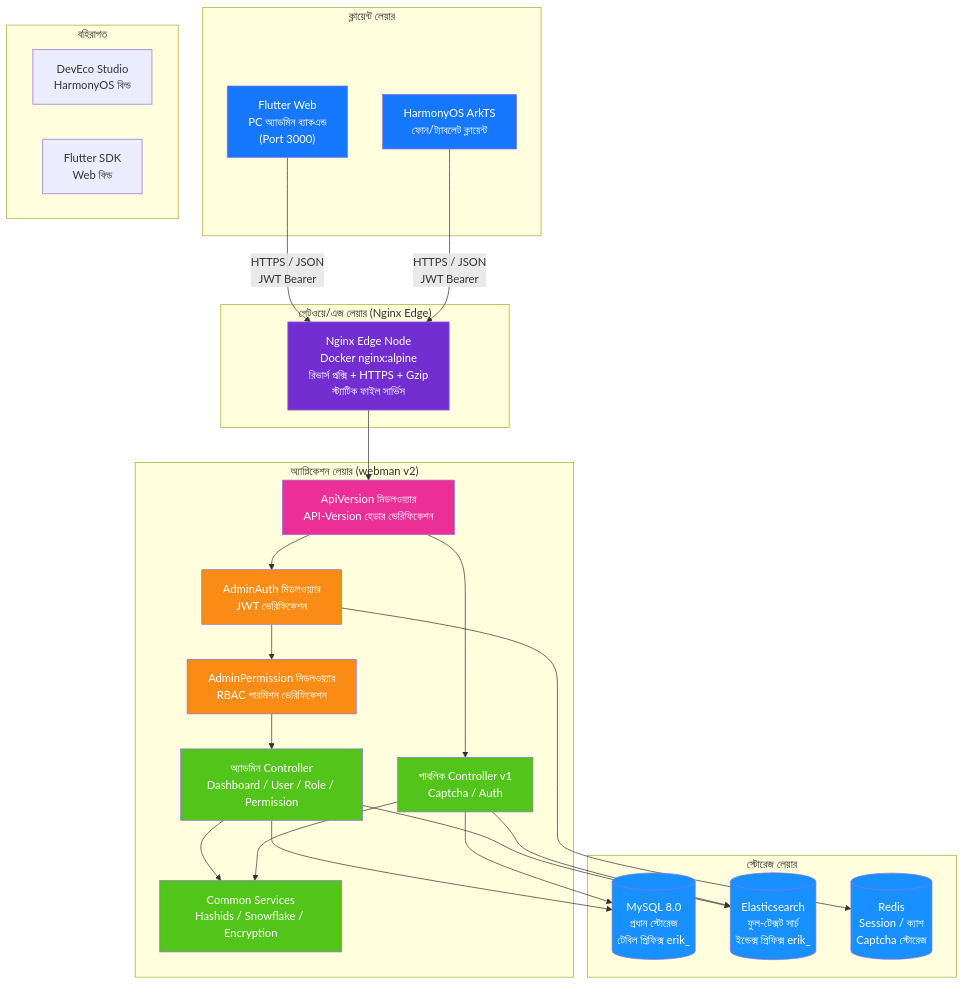
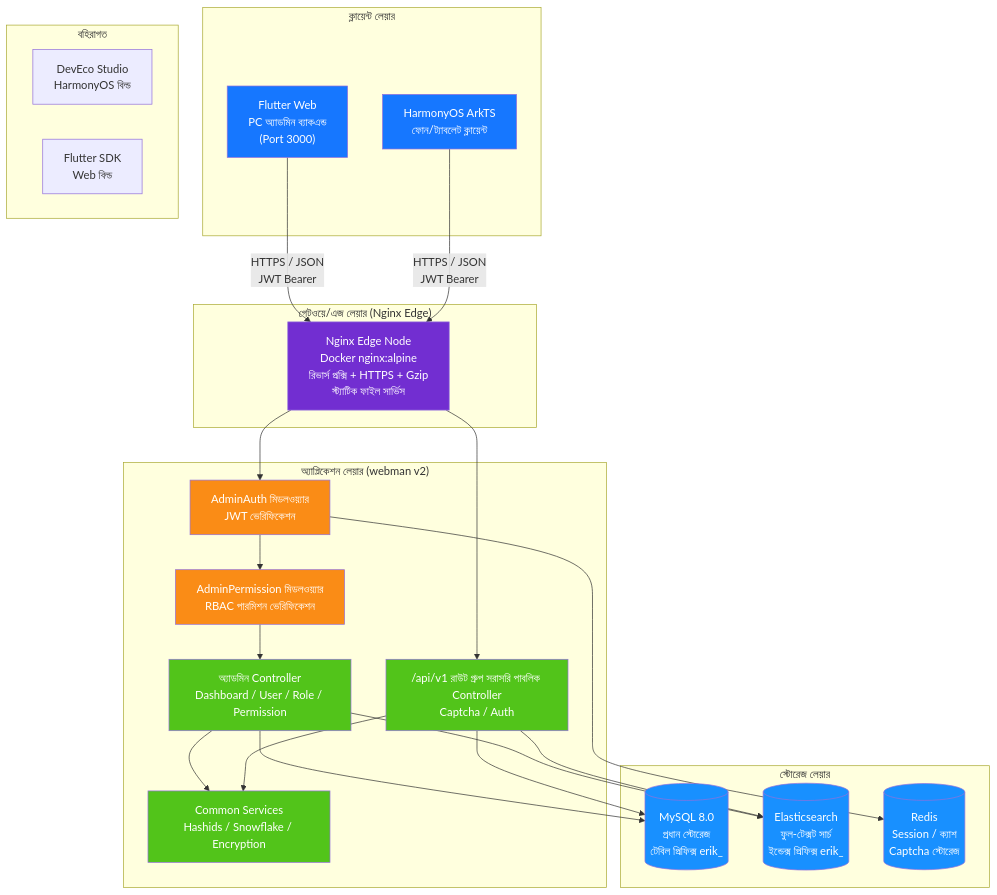
One commit to erikwang2013/open-admin changed the first of 14 diagrams in docs/ARCHITECTURE.bn.md. Above: the diagram before and after it, drawn with Mermaid. The commit also changed other lines of this file and 115 other files, not shown here.

First line of the commit message:
功能：新增项目宠物「小安」、站点首页与手写 SVG 设计图集；全部文档对齐代码

````diff
--- a/docs/ARCHITECTURE.bn.md
+++ b/docs/ARCHITECTURE.bn.md
@@ -13,59 +15,56 @@
 ```mermaid
 flowchart TB
     subgraph "ক্লায়েন্ট লেয়ার"
         A1["Flutter Web<br/>PC অ্যাডমিন ব্যাকএন্ড<br/>(Port 3000)"]
         A2["HarmonyOS ArkTS<br/>ফোন/ট্যাবলেট ক্লায়েন্ট"]
     end
 
     subgraph "গেটওয়ে/এজ লেয়ার (Nginx Edge)"
         B1["Nginx Edge Node<br/>Docker nginx:alpine<br/>রিভার্স প্রক্সি + HTTPS + Gzip<br/>স্ট্যাটিক ফাইল সার্ভিস"]
     end
 
     subgraph "অ্যাপ্লিকেশন লেয়ার (webman v2)"
-        C0["ApiVersion মিডলওয়্যার<br/>API-Version হেডার ভেরিফিকেশন"]
         C1["AdminAuth মিডলওয়্যার<br/>JWT ভেরিফিকেশন"]
         C2["AdminPermission মিডলওয়্যার<br/>RBAC পারমিশন ভেরিফিকেশন"]
         C3["অ্যাডমিন Controller<br/>Dashboard / User / Role / Permission"]
-        C4["পাবলিক Controller v1<br/>Captcha / Auth"]
+        C4["/api/v1 রাউট গ্রুপ সরাসরি পাবলিক Controller<br/>Captcha / Auth"]
         C5["Common Services<br/>Hashids / Snowflake / Encryption"]
     end
 
     subgraph "স্টোরেজ লেয়ার"
         D1[("MySQL 8.0<br/>প্রধান স্টোরেজ<br/>টেবিল প্রিফিক্স erik_")]
         D2[("Elasticsearch<br/>ফুল-টেক্সট সার্চ<br/>ইন্ডেক্স প্রিফিক্স erik_")]
         D3[("Redis<br/>Session / ক্যাশ<br/>Captcha স্টোরেজ")]
     end
 
     subgraph "বহিরাগত"
         E1["DevEco Studio<br/>HarmonyOS বিল্ড"]
         E2["Flutter SDK<br/>Web বিল্ড"]
     end
 
     A1 -->|"HTTPS / JSON<br/>JWT Bearer"| B1
     A2 -->|"HTTPS / JSON<br/>JWT Bearer"| B1
-    B1 --> C0
-    C0 --> C1
+    B1 --> C1
+    B1 --> C4
     C1 --> C2
     C2 --> C3
-    C0 --> C4
     C3 --> C5
     C4 --> C5
     C3 --> D1
     C4 --> D1
     C3 --> D2
     C4 --> D2
     C1 --> D3
 
     style A1 fill:#1677FF,color:#fff
     style A2 fill:#1677FF,color:#fff
     style B1 fill:#722ED1,color:#fff
-    style C0 fill:#EB2F96,color:#fff
     style C1 fill:#FA8C16,color:#fff
     style C2 fill:#FA8C16,color:#fff
     style C3 fill:#52C41A,color:#fff
     style C4 fill:#52C41A,color:#fff
     style C5 fill:#52C41A,color:#fff
     style D1 fill:#1890FF,color:#fff
     style D2 fill:#1890FF,color:#fff
     style D3 fill:#1890FF,color:#fff
 ```
````
